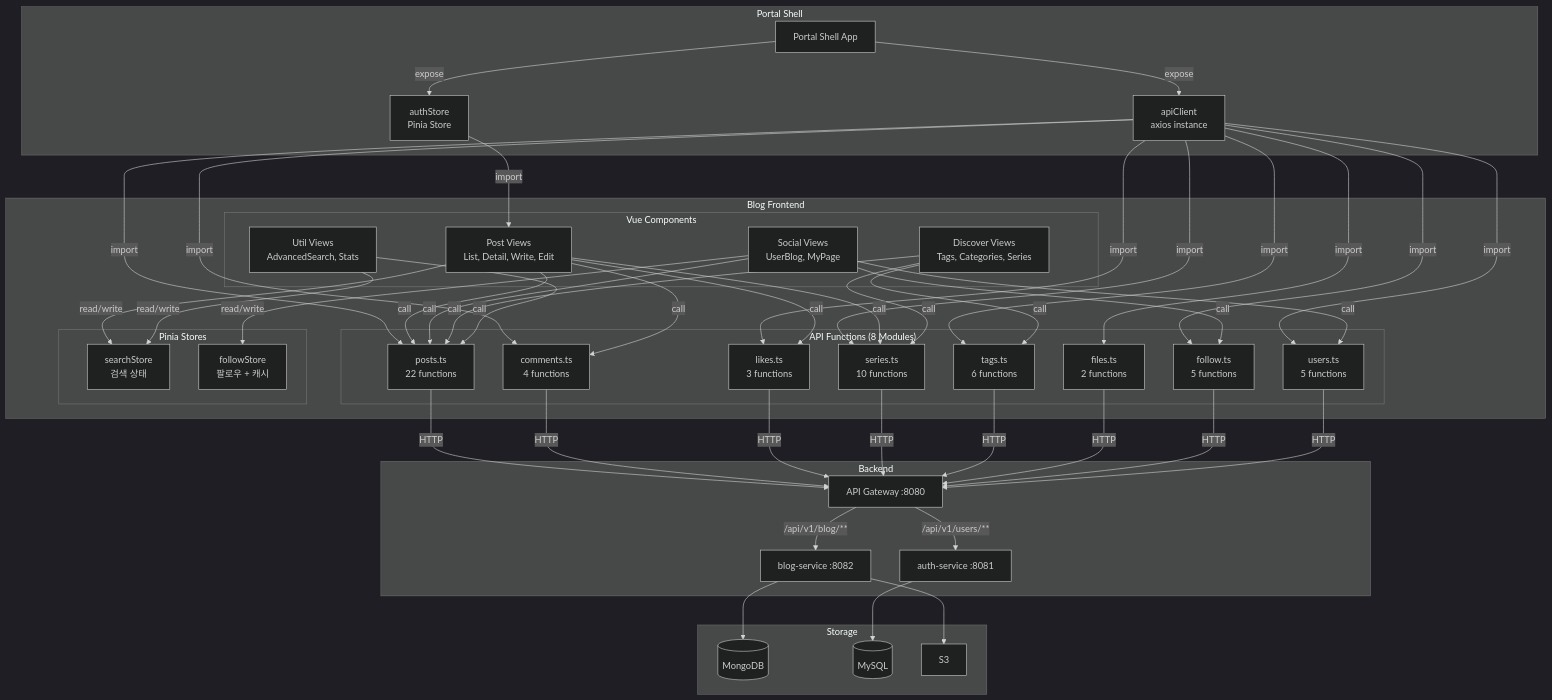
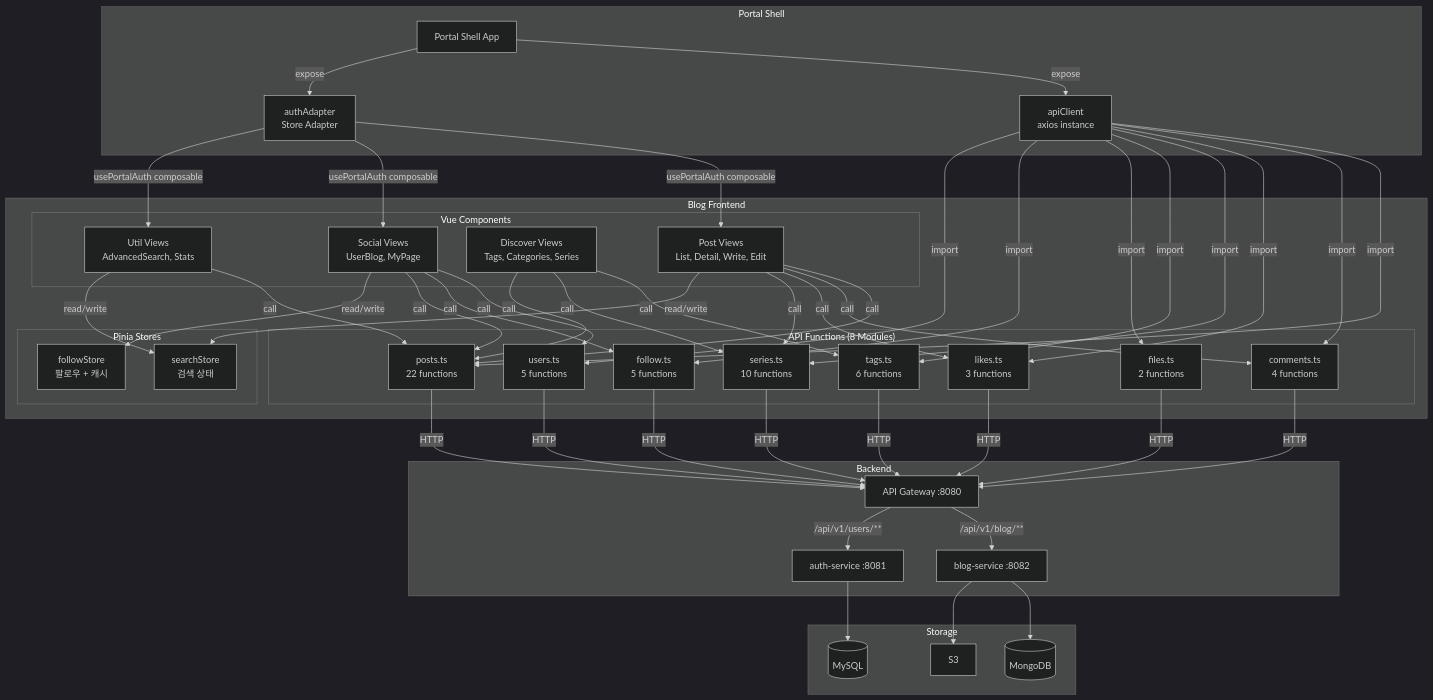
The first of 13 diagrams in docs/architecture/blog-frontend/data-flow.md (L-a-z-e/portal-universe), drawn with Mermaid (dark theme) before and after one commit. The commit also changed other lines of this file and 3 other files, not shown here.

First line of the commit message:
docs(blog-frontend): update architecture docs for usePortalAuth and add ADR-042

````diff
--- a/docs/architecture/blog-frontend/data-flow.md
+++ b/docs/architecture/blog-frontend/data-flow.md
@@ -30,67 +30,67 @@
 ```mermaid
 graph TB
     subgraph "Portal Shell"
         PS[Portal Shell App]
         AC[apiClient<br/>axios instance]
-        AS[authStore<br/>Pinia Store]
+        AS[authAdapter<br/>Store Adapter]
     end
 
     subgraph "Blog Frontend"
         subgraph "Vue Components"
             BC_POST[Post Views<br/>List, Detail, Write, Edit]
             BC_SOCIAL[Social Views<br/>UserBlog, MyPage]
             BC_DISCOVER[Discover Views<br/>Tags, Categories, Series]
             BC_UTIL[Util Views<br/>AdvancedSearch, Stats]
         end
 
         subgraph "API Functions (8 Modules)"
             API_POSTS[posts.ts<br/>22 functions]
             API_COMMENTS[comments.ts<br/>4 functions]
             API_LIKES[likes.ts<br/>3 functions]
             API_SERIES[series.ts<br/>10 functions]
             API_TAGS[tags.ts<br/>6 functions]
             API_FILES[files.ts<br/>2 functions]
             API_FOLLOW[follow.ts<br/>5 functions]
             API_USERS[users.ts<br/>5 functions]
         end
 
         subgraph "Pinia Stores"
             SS[searchStore<br/>검색 상태]
             FS[followStore<br/>팔로우 + 캐시]
         end
     end
 
     subgraph "Backend"
         GW[API Gateway :8080]
         BS[blog-service :8082]
         AUTH[auth-service :8081]
     end
 
     subgraph "Storage"
         MONGO[(MongoDB)]
         MYSQL[(MySQL)]
         S3[S3]
     end
 
     PS -->|expose| AC
     PS -->|expose| AS
     AC -->|import| API_POSTS & API_COMMENTS & API_LIKES & API_SERIES & API_TAGS & API_FILES & API_FOLLOW & API_USERS
-    AS -->|import| BC_POST
+    AS -->|usePortalAuth composable| BC_POST & BC_SOCIAL & BC_UTIL
 
     BC_POST -->|call| API_POSTS & API_COMMENTS & API_LIKES & API_SERIES
     BC_SOCIAL -->|call| API_USERS & API_FOLLOW & API_POSTS
     BC_DISCOVER -->|call| API_TAGS & API_SERIES & API_POSTS
     BC_UTIL -->|call| API_POSTS
 
     BC_POST & BC_UTIL -->|read/write| SS
     BC_SOCIAL -->|read/write| FS
 
     API_POSTS & API_COMMENTS & API_LIKES & API_SERIES & API_TAGS & API_FILES -->|HTTP| GW
     API_FOLLOW & API_USERS -->|HTTP| GW
 
     GW -->|/api/v1/blog/**| BS
     GW -->|/api/v1/users/**| AUTH
 
     BS --> MONGO & S3
     AUTH --> MYSQL
 ```
````
